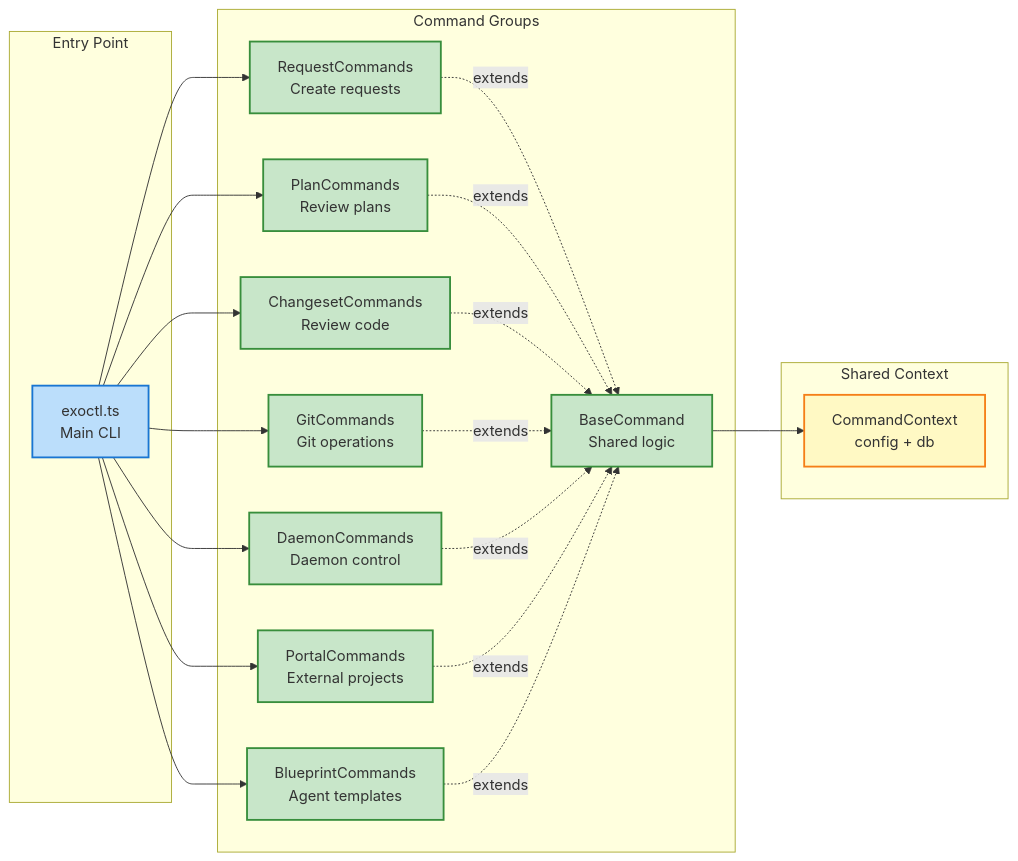
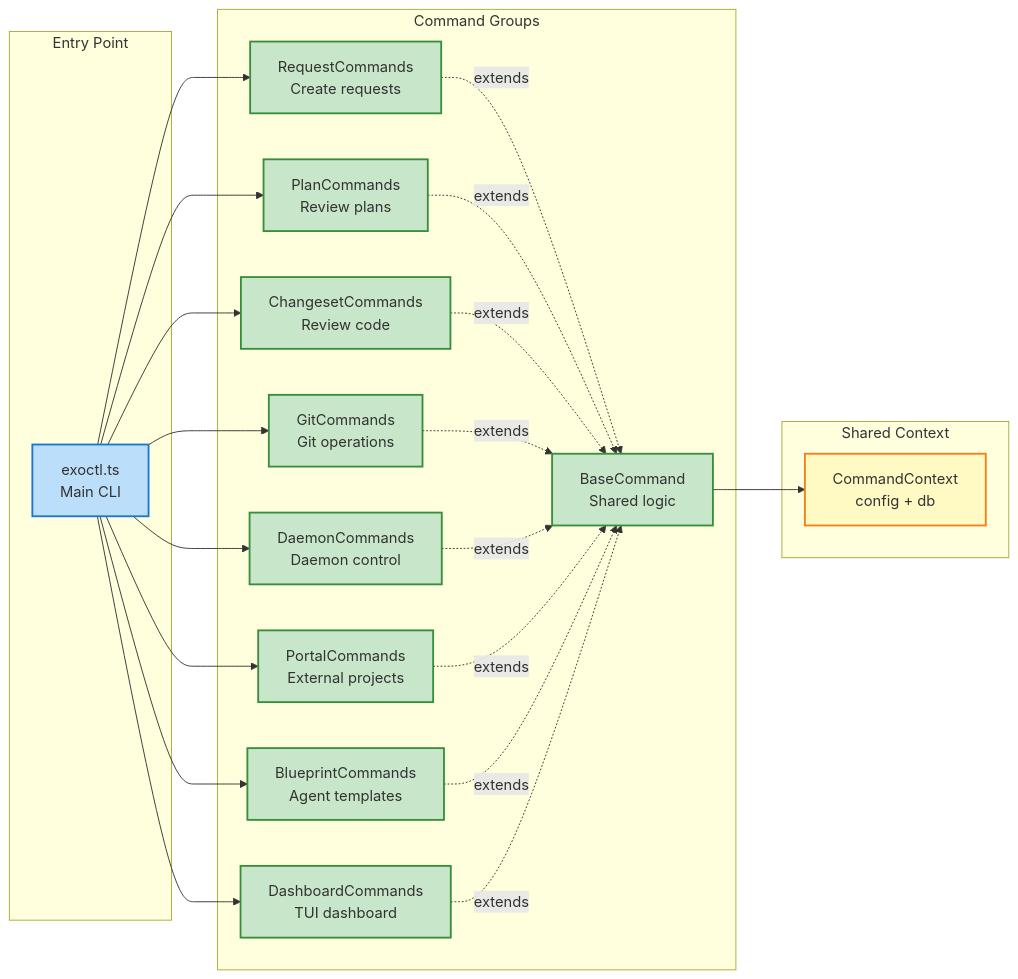
Before and after one commit to dostark/exoframe-public: the seventh of 14 diagrams in docs/ExoFrame_Architecture.md, drawn with Mermaid. The commit also changed other lines of this file and 6 other files, not shown here.

````diff
--- a/docs/ExoFrame_Architecture.md
+++ b/docs/ExoFrame_Architecture.md
@@ -511,47 +557,50 @@
 ```mermaid
 graph LR
     subgraph Entry["Entry Point"]
         Exoctl[exoctl.ts<br/>Main CLI]
     end
 
     subgraph Commands["Command Groups"]
         Base[BaseCommand<br/>Shared logic]
         Req[RequestCommands<br/>Create requests]
         Plan[PlanCommands<br/>Review plans]
         Change[ChangesetCommands<br/>Review code]
         Git[GitCommands<br/>Git operations]
         Daemon[DaemonCommands<br/>Daemon control]
         Portal[PortalCommands<br/>External projects]
         Blueprint[BlueprintCommands<br/>Agent templates]
+        Dashboard[DashboardCommands<br/>TUI dashboard]
     end
 
     subgraph Context["Shared Context"]
         Ctx[CommandContext<br/>config + db]
     end
 
     Exoctl --> Req
     Exoctl --> Plan
     Exoctl --> Change
     Exoctl --> Git
     Exoctl --> Daemon
     Exoctl --> Portal
     Exoctl --> Blueprint
+    Exoctl --> Dashboard
 
     Req -.extends.-> Base
     Plan -.extends.-> Base
     Change -.extends.-> Base
     Git -.extends.-> Base
     Daemon -.extends.-> Base
     Portal -.extends.-> Base
     Blueprint -.extends.-> Base
+    Dashboard -.extends.-> Base
 
     Base --> Ctx
 
     classDef entry fill:#bbdefb,stroke:#1976d2,stroke-width:2px
     classDef cmd fill:#c8e6c9,stroke:#388e3c,stroke-width:2px
     classDef ctx fill:#fff9c4,stroke:#f57f17,stroke-width:2px
 
     class Exoctl entry
-    class Base,Req,Plan,Change,Git,Daemon,Portal,Blueprint cmd
+    class Base,Req,Plan,Change,Git,Daemon,Portal,Blueprint,Dashboard cmd
     class Ctx ctx
 ```
````
